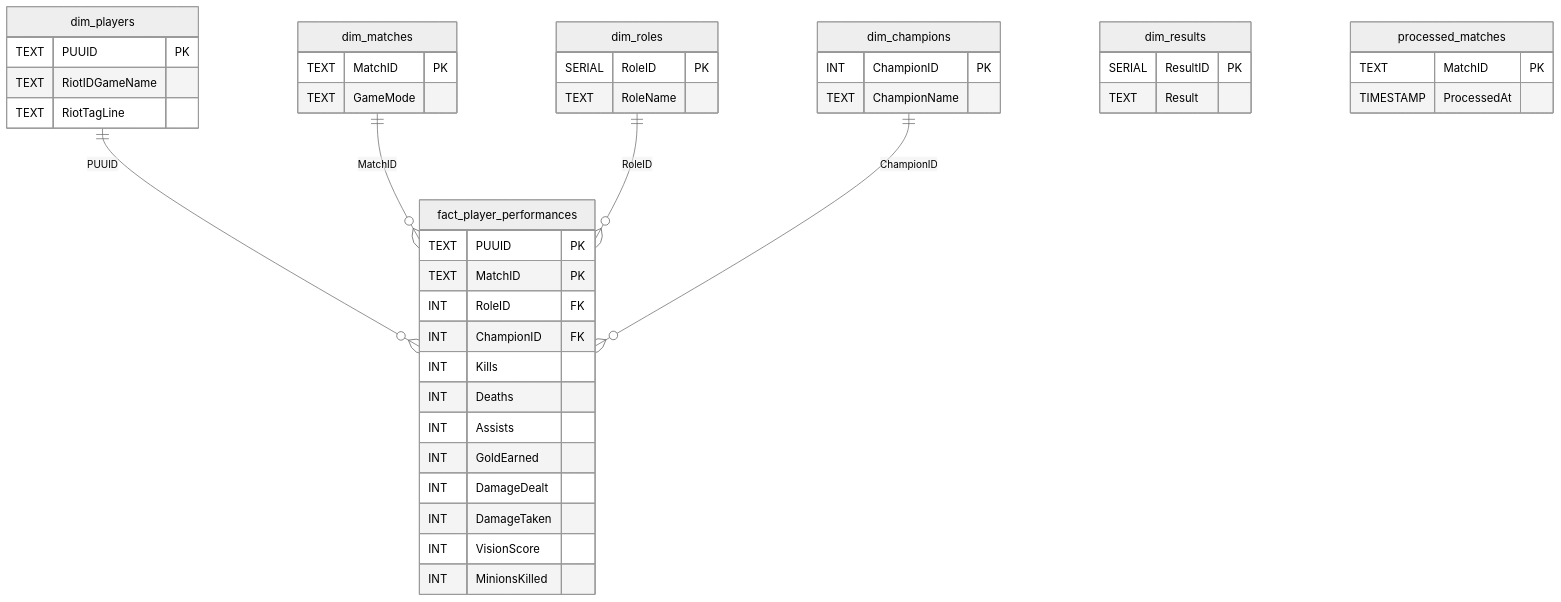
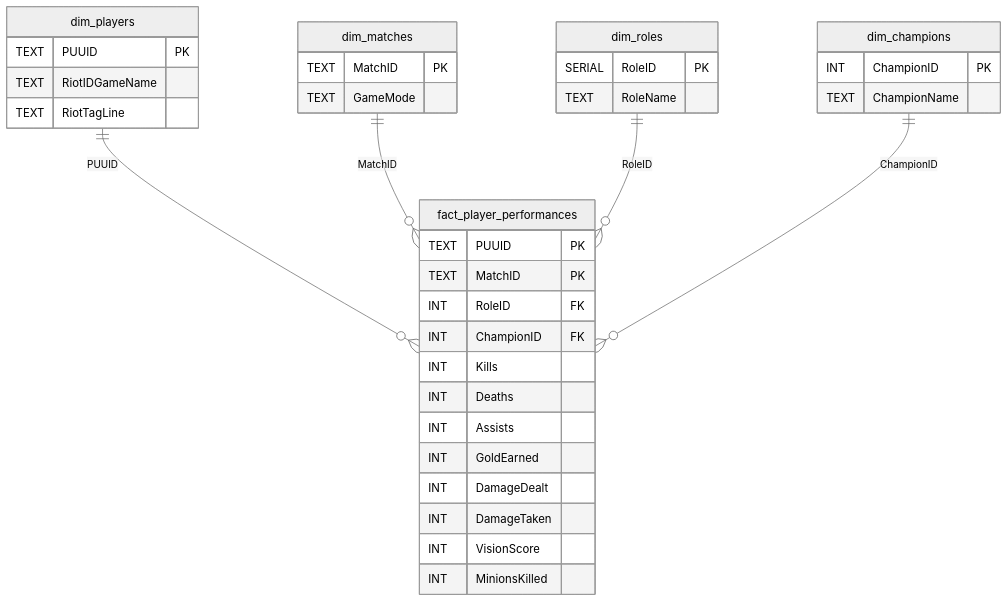
One commit to Matyoww/lol-etl changed the second of 2 diagrams in README.md. Above: the diagram before and after it, drawn with Mermaid (neutral theme).

Commit message:
docs: remove unused tables

````diff
--- a/README.md
+++ b/README.md
@@ -75,47 +75,39 @@
 ```mermaid
 erDiagram
     fact_player_performances {
         TEXT PUUID PK
         TEXT MatchID PK
         INT RoleID FK
         INT ChampionID FK
         INT Kills
         INT Deaths
         INT Assists
         INT GoldEarned
         INT DamageDealt
         INT DamageTaken
         INT VisionScore
         INT MinionsKilled
     }
     dim_players {
         TEXT PUUID PK
         TEXT RiotIDGameName
         TEXT RiotTagLine
     }
     dim_matches {
         TEXT MatchID PK
         TEXT GameMode
     }
     dim_roles {
         SERIAL RoleID PK
         TEXT RoleName
     }
     dim_champions {
         INT ChampionID PK
         TEXT ChampionName
     }
-    dim_results {
-        SERIAL ResultID PK
-        TEXT Result
-    }
-    processed_matches {
-        TEXT MatchID PK
-        TIMESTAMP ProcessedAt
-    }
 
     dim_players ||--o{ fact_player_performances : "PUUID"
     dim_matches ||--o{ fact_player_performances : "MatchID"
     dim_roles ||--o{ fact_player_performances : "RoleID"
     dim_champions ||--o{ fact_player_performances : "ChampionID"
 ```
````
